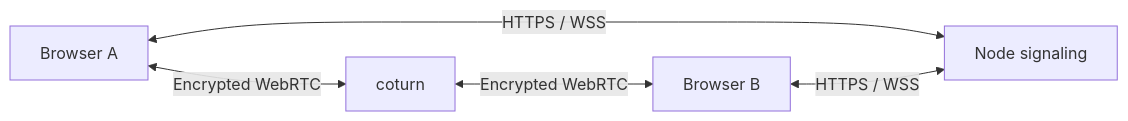
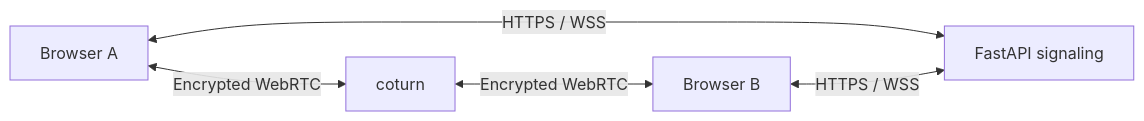
Before and after one commit to DTravkov/beebo-board: the diagram in docs/ARCHITECTURE.md, drawn with Mermaid. The commit also changed other lines of this file and 66 other files, not shown here.

````diff
--- a/docs/ARCHITECTURE.md
+++ b/docs/ARCHITECTURE.md
@@ -5,7 +5,7 @@
 ```mermaid
 flowchart LR
-  A[Browser A] <-->|HTTPS / WSS| S[Node signaling]
+  A[Browser A] <-->|HTTPS / WSS| S[FastAPI signaling]
   B[Browser B] <-->|HTTPS / WSS| S
   A <-->|Encrypted WebRTC| T[coturn]
   T <-->|Encrypted WebRTC| B
 ```
````
